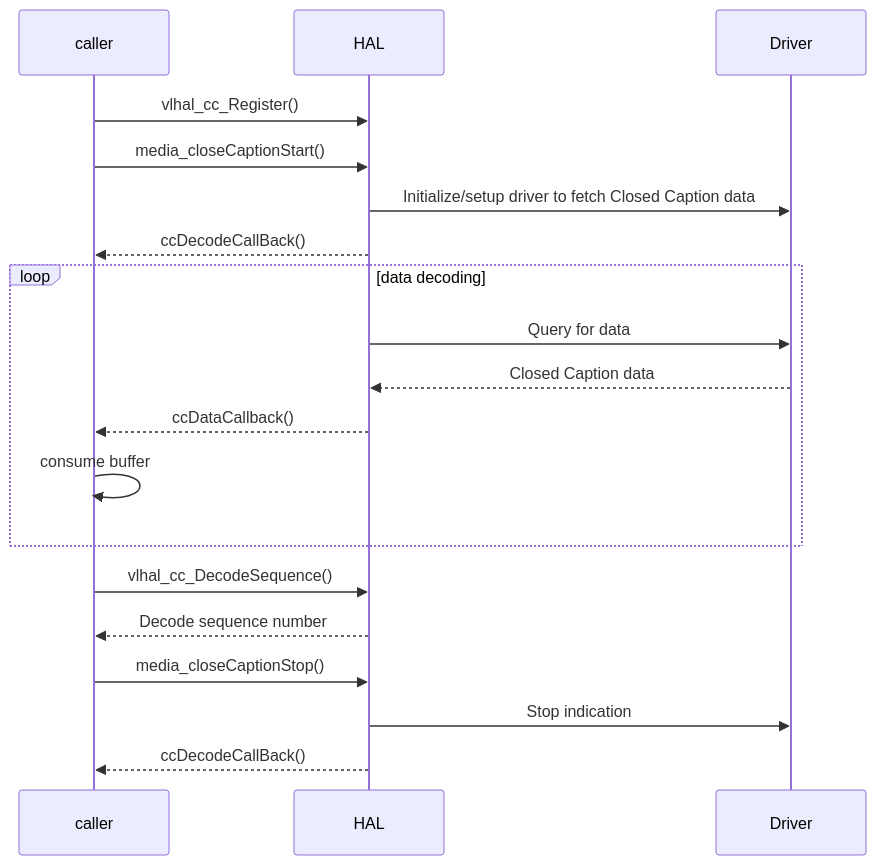
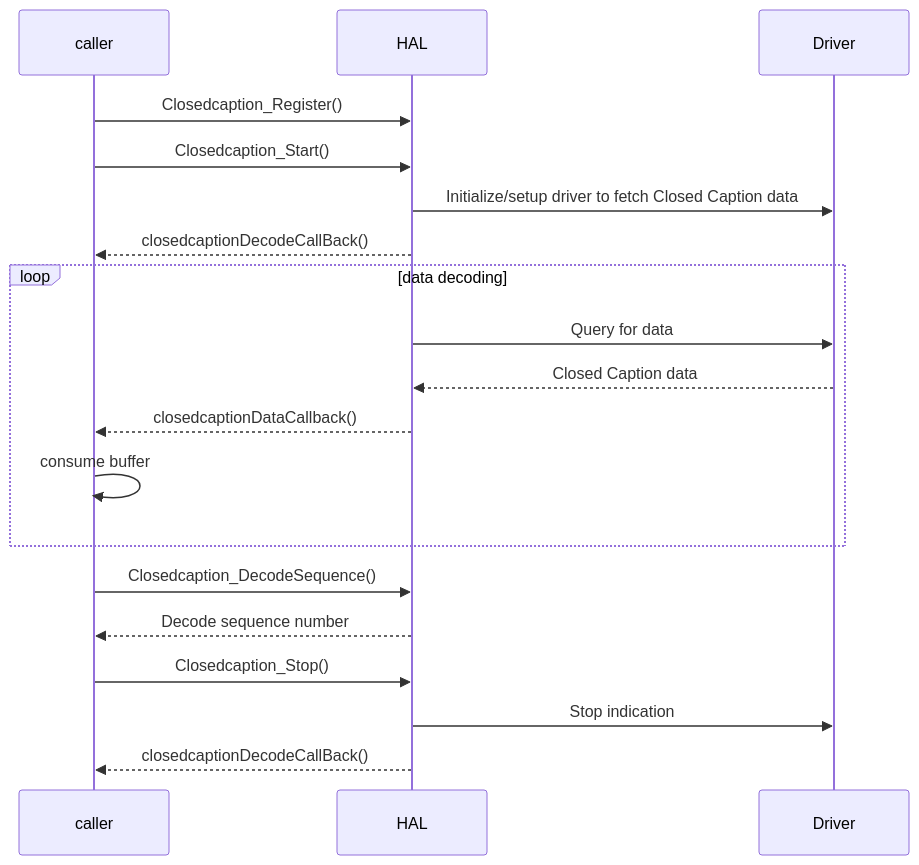
Before and after one commit to rdkcentral/rdk-halif-closed_captions: the second of 2 diagrams in docs/pages/closed-captions_halSpec.md, drawn with Mermaid. The commit also changed other lines of this file and 1 other file, not shown here.

````diff
--- a/docs/pages/closed-captions_halSpec.md
+++ b/docs/pages/closed-captions_halSpec.md
@@ -171,21 +171,21 @@
 ```mermaid
    sequenceDiagram
     participant caller
     participant HAL
     participant Driver
-    caller->>HAL: vlhal_cc_Register()
-    caller->>HAL:media_closeCaptionStart()
+    caller->>HAL: Closedcaption_Register()
+    caller->>HAL:Closedcaption_Start()
     HAL->>Driver:Initialize/setup driver to fetch Closed Caption data
-    HAL-->> caller : ccDecodeCallBack()
+    HAL-->> caller : closedcaptionDecodeCallBack()
     loop data decoding
         HAL->>Driver : Query for data
         Driver-->>HAL : Closed Caption data
-        HAL-->>caller: ccDataCallback()
+        HAL-->>caller: closedcaptionDataCallback()
         caller->>caller:consume buffer
     end
-    caller->> HAL: vlhal_cc_DecodeSequence()
+    caller->> HAL: Closedcaption_DecodeSequence()
     HAL-->>caller:Decode sequence number
-    caller->>HAL: media_closeCaptionStop()
+    caller->>HAL: Closedcaption_Stop()
     HAL->>Driver: Stop indication
-    HAL-->>caller: ccDecodeCallBack()
+    HAL-->>caller: closedcaptionDecodeCallBack()
  ```
````
